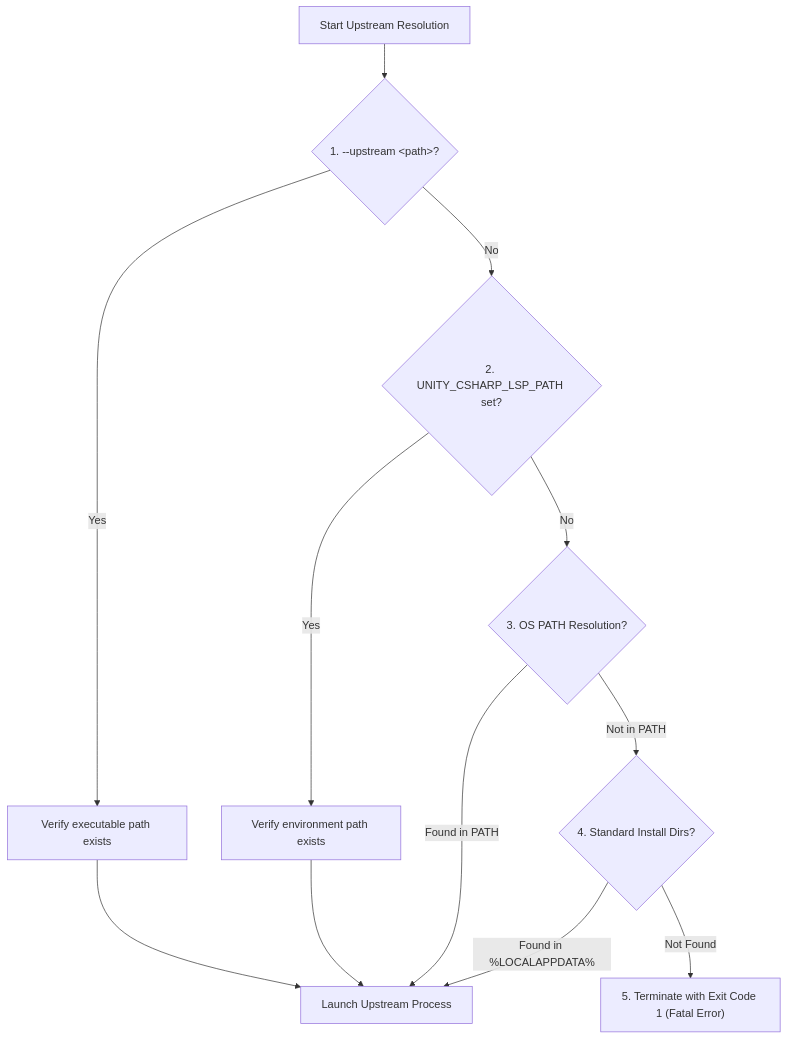
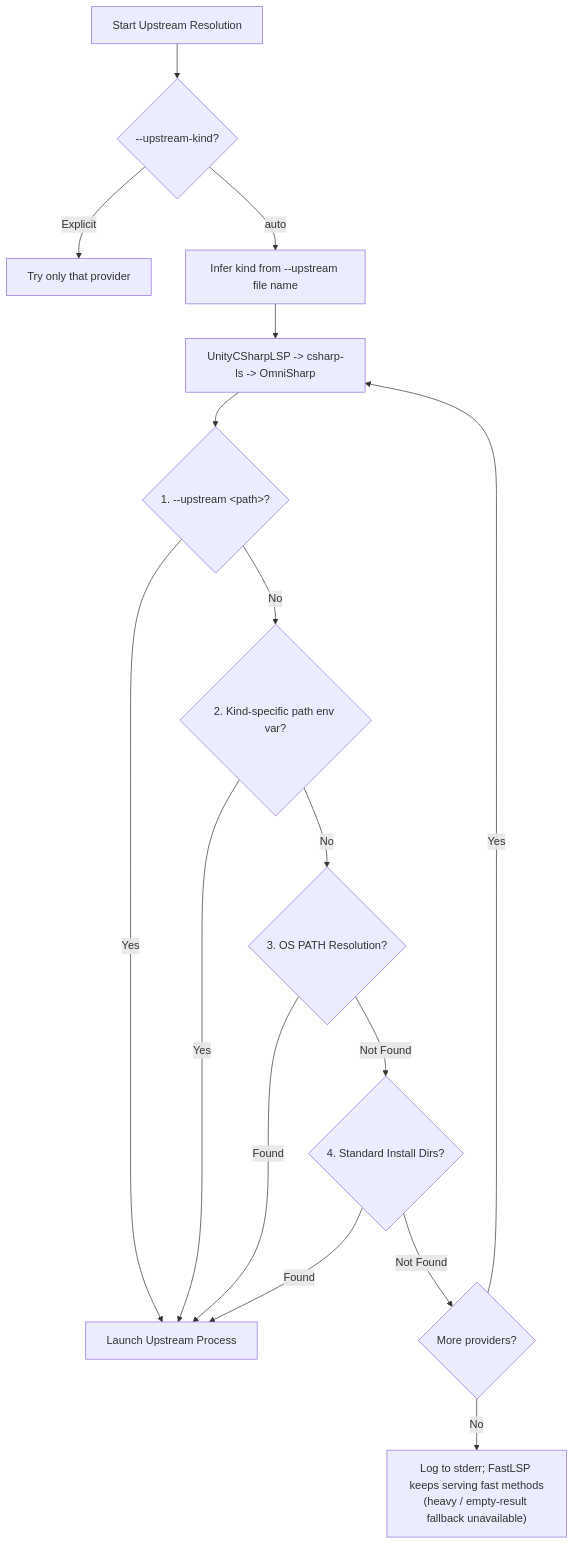
Before and after one commit to gadget114514/UnityCSharpFastLSP: the second of 2 diagrams in doc/proxy-feature.md, drawn with Mermaid. The commit also changed other lines of this file and 8 other files, not shown here.

Commit message:
feat: selectable upstream fallback (csharp-ls / OmniSharp) in proxy mode

````diff
--- a/doc/proxy-feature.md
+++ b/doc/proxy-feature.md
@@ -122,14 +128,18 @@
 ```mermaid
 flowchart TD
-    Start["Start Upstream Resolution"] --> P1{"1. --upstream &lt;path&gt;?"}
-    P1 -- Yes --> V1["Verify executable path exists"]
-    V1 --> Found["Launch Upstream Process"]
-    P1 -- No --> P2{"2. UNITY_CSHARP_LSP_PATH set?"}
-    P2 -- Yes --> V2["Verify environment path exists"]
-    V2 --> Found
+    Start["Start Upstream Resolution"] --> K{"--upstream-kind?"}
+    K -- Explicit --> One["Try only that provider"]
+    K -- auto --> D["Infer kind from --upstream file name"]
+    D --> Chain["UnityCSharpLSP -> csharp-ls -> OmniSharp"]
+    Chain --> P1{"1. --upstream &lt;path&gt;?"}
+    P1 -- Yes --> Found["Launch Upstream Process"]
+    P1 -- No --> P2{"2. Kind-specific path env var?"}
+    P2 -- Yes --> Found
     P2 -- No --> P3{"3. OS PATH Resolution?"}
-    P3 -- Found in PATH --> Found
-    P3 -- Not in PATH --> P4{"4. Standard Install Dirs?"}
-    P4 -- Found in %LOCALAPPDATA% --> Found
-    P4 -- Not Found --> P5["5. Terminate with Exit Code 1 (Fatal Error)"]
+    P3 -- Found --> Found
+    P3 -- Not Found --> P4{"4. Standard Install Dirs?"}
+    P4 -- Found --> Found
+    P4 -- Not Found --> Next{"More providers?"}
+    Next -- Yes --> Chain
+    Next -- No --> Fail["Log to stderr; FastLSP keeps serving fast methods<br/>(heavy / empty-result fallback unavailable)"]
 ```
````
